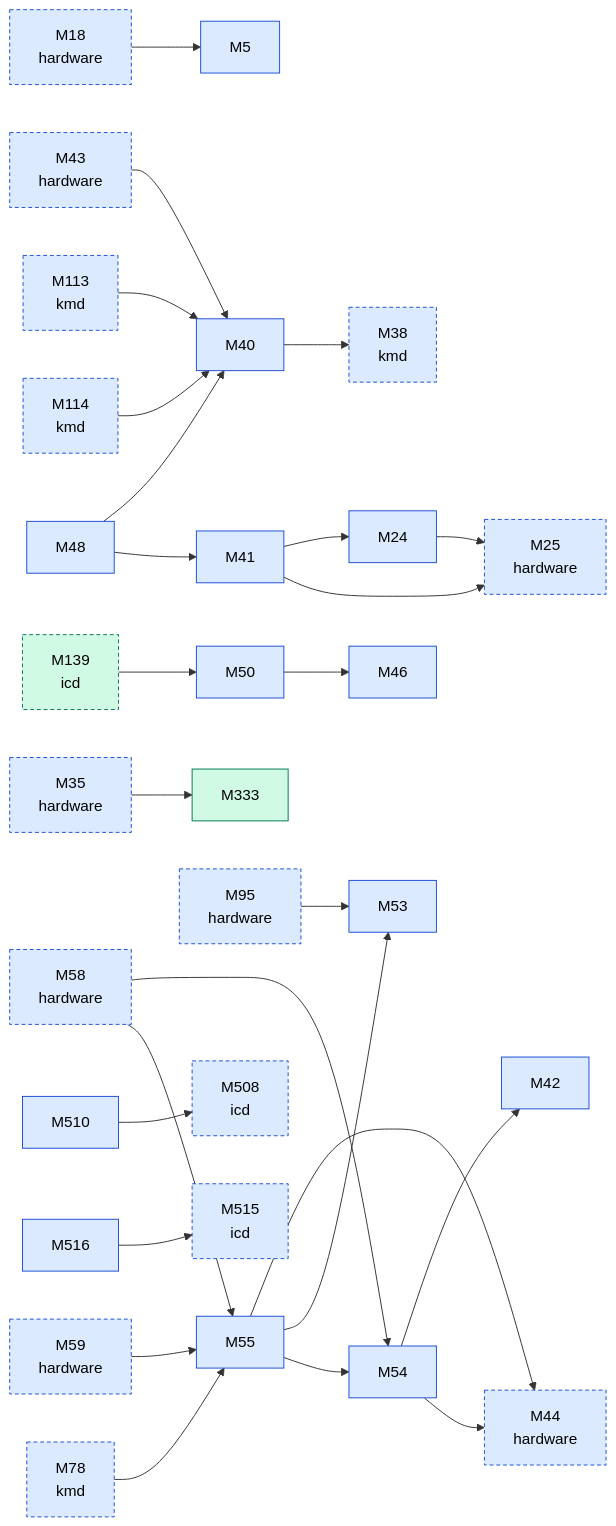
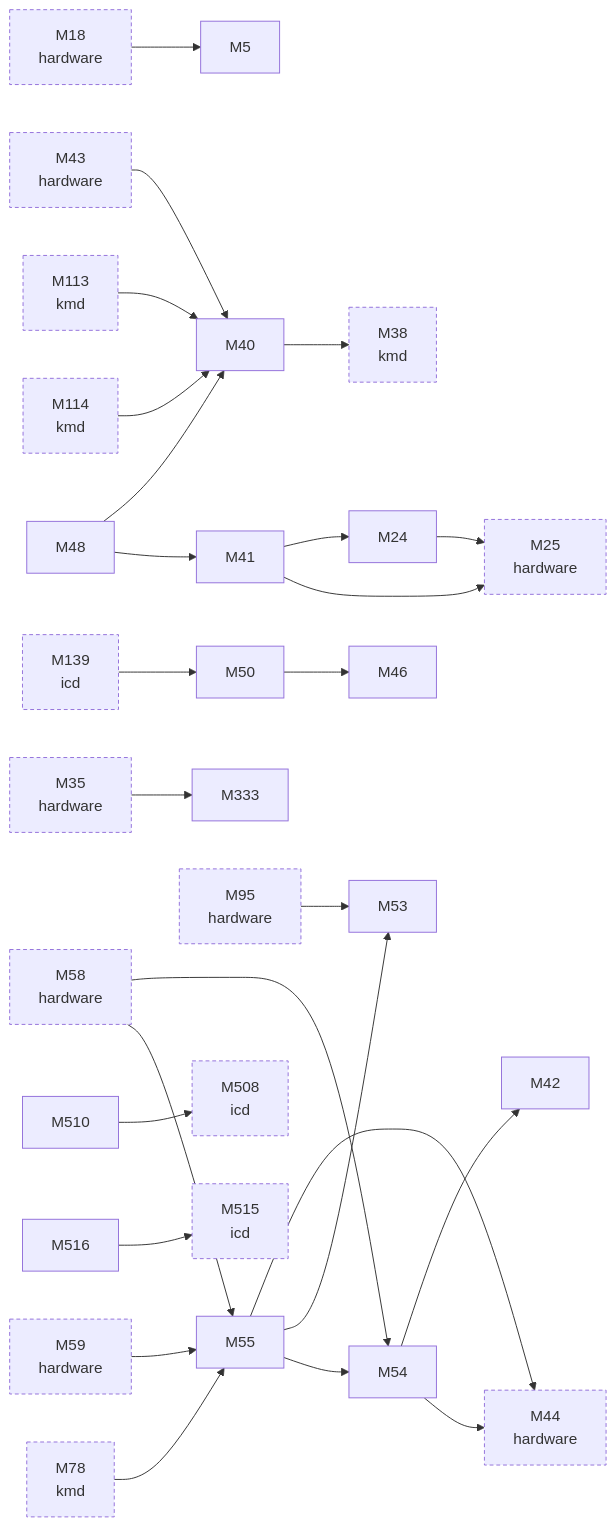
The second of 2 diagrams in docs/facts/graphs/linux.md (D-Ogi/amdgpu-wddm), drawn with Mermaid before and after one commit. The commit also changed other lines of this file and 9 other files, not shown here.

First line of the commit message:
docs/facts: plain graph nodes, no status colouring

````diff
--- a/docs/facts/graphs/linux.md
+++ b/docs/facts/graphs/linux.md
@@ -36,63 +32,59 @@
 ```mermaid
 flowchart LR
-  M5["M5"]:::MEASURED
-  M18["M18<br/>hardware"]:::MEASURED
-  M24["M24"]:::MEASURED
-  M25["M25<br/>hardware"]:::MEASURED
-  M35["M35<br/>hardware"]:::MEASURED
-  M38["M38<br/>kmd"]:::MEASURED
-  M40["M40"]:::MEASURED
-  M41["M41"]:::MEASURED
-  M42["M42"]:::MEASURED
-  M43["M43<br/>hardware"]:::MEASURED
-  M44["M44<br/>hardware"]:::MEASURED
-  M46["M46"]:::MEASURED
-  M48["M48"]:::MEASURED
-  M50["M50"]:::MEASURED
-  M53["M53"]:::MEASURED
-  M54["M54"]:::MEASURED
-  M55["M55"]:::MEASURED
-  M58["M58<br/>hardware"]:::MEASURED
-  M59["M59<br/>hardware"]:::MEASURED
-  M78["M78<br/>kmd"]:::MEASURED
-  M95["M95<br/>hardware"]:::MEASURED
-  M113["M113<br/>kmd"]:::MEASURED
-  M114["M114<br/>kmd"]:::MEASURED
-  M139["M139<br/>icd"]:::CONFIRMED
-  M333["M333"]:::CONFIRMED
-  M508["M508<br/>icd"]:::MEASURED
-  M510["M510"]:::MEASURED
-  M515["M515<br/>icd"]:::MEASURED
-  M516["M516"]:::MEASURED
+  M5["M5"]
+  M18["M18<br/>hardware"]
+  M24["M24"]
+  M25["M25<br/>hardware"]
+  M35["M35<br/>hardware"]
+  M38["M38<br/>kmd"]
+  M40["M40"]
+  M41["M41"]
+  M42["M42"]
+  M43["M43<br/>hardware"]
+  M44["M44<br/>hardware"]
+  M46["M46"]
+  M48["M48"]
+  M50["M50"]
+  M53["M53"]
+  M54["M54"]
+  M55["M55"]
+  M58["M58<br/>hardware"]
+  M59["M59<br/>hardware"]
+  M78["M78<br/>kmd"]
+  M95["M95<br/>hardware"]
+  M113["M113<br/>kmd"]
+  M114["M114<br/>kmd"]
+  M139["M139<br/>icd"]
+  M333["M333"]
+  M508["M508<br/>icd"]
+  M510["M510"]
+  M515["M515<br/>icd"]
+  M516["M516"]
   M18 --> M5
   M35 --> M333
   M43 --> M40
   M58 --> M54
   M58 --> M55
   M59 --> M55
   M95 --> M53
   M78 --> M55
   M113 --> M40
   M114 --> M40
   M139 --> M50
   M24 --> M25
   M40 --> M38
   M41 --> M24
   M41 --> M25
   M48 --> M40
   M48 --> M41
   M50 --> M46
   M54 --> M42
   M54 --> M44
   M55 --> M44
   M55 --> M53
   M55 --> M54
   M510 --> M508
   M516 --> M515
-  classDef HYPOTHESIS fill:#fff3c4,stroke:#9a7b00,color:#000
-  classDef MEASURED fill:#dbeafe,stroke:#1d4ed8,color:#000
-  classDef CONFIRMED fill:#d1fae5,stroke:#047857,color:#000
-  classDef REFUTED fill:#fee2e2,stroke:#b91c1c,color:#000
   classDef other stroke-dasharray:4 3
   class M18,M25,M35,M38,M43,M44,M58,M59,M78,M95,M113,M114,M139,M508,M515 other
 ```
````
